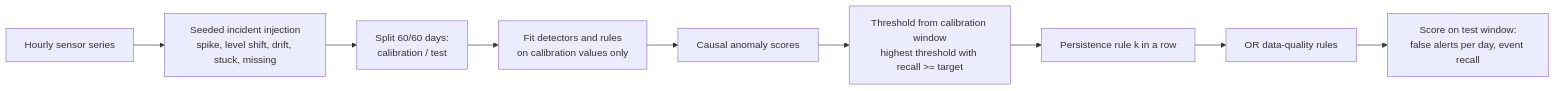
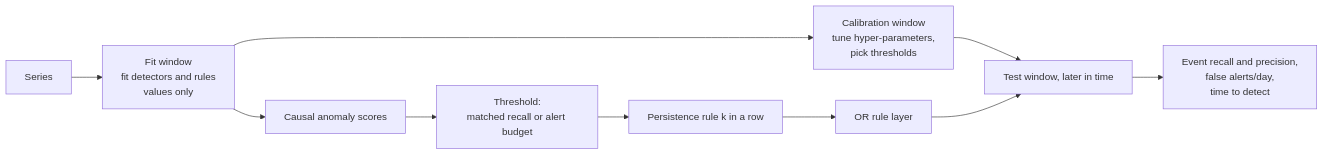
One commit to Janeferdinant/anomaly-detection-monitoring changed the diagram in README.md. Above: the diagram before and after it, drawn with Mermaid. The commit also changed other lines of this file, not shown here.

````diff
--- a/README.md
+++ b/README.md
@@ -28,11 +40,12 @@
 ```mermaid
 flowchart LR
-  A[Hourly sensor series] --> B[Seeded incident injection<br/>spike, level shift, drift, stuck, missing]
-  B --> C[Split 60/60 days:<br/>calibration / test]
-  C --> D[Fit detectors and rules<br/>on calibration values only]
-  D --> E[Causal anomaly scores]
-  E --> F[Threshold from calibration window<br/>highest threshold with recall >= target]
+  A[Series] --> B[Fit window<br/>fit detectors and rules<br/>values only]
+  B --> C[Calibration window<br/>tune hyper-parameters,<br/>pick thresholds]
+  C --> D[Test window, later in time]
+  B --> E[Causal anomaly scores]
+  E --> F[Threshold:<br/>matched recall or alert budget]
   F --> G[Persistence rule k in a row]
-  G --> H[OR data-quality rules]
-  H --> I[Score on test window:<br/>false alerts per day, event recall]
+  G --> H[OR rule layer]
+  H --> D
+  D --> I[Event recall and precision,<br/>false alerts/day,<br/>time to detect]
 ```
````
